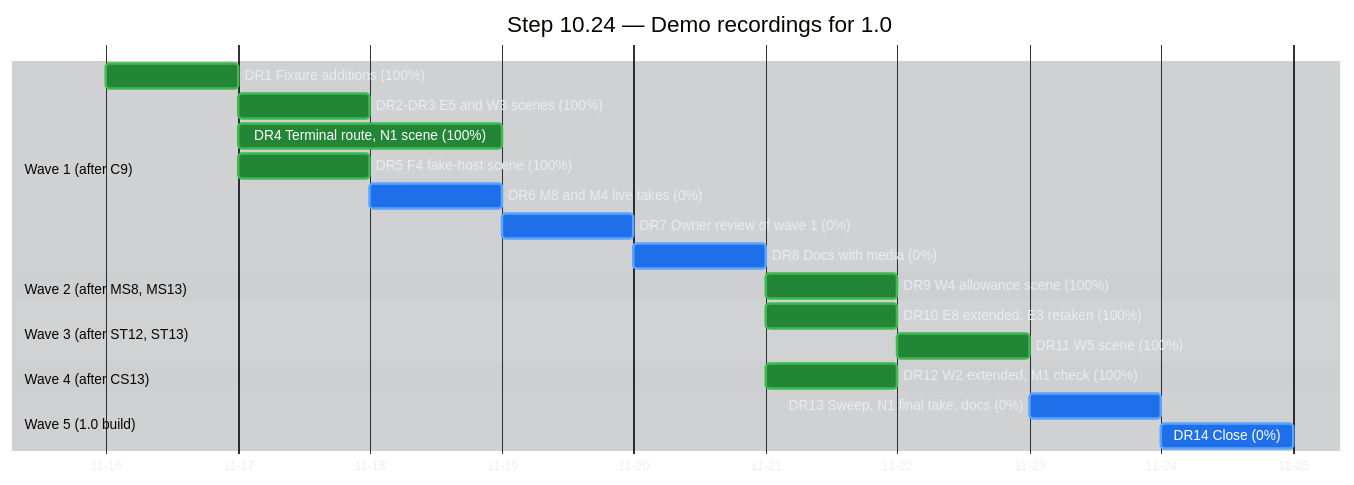
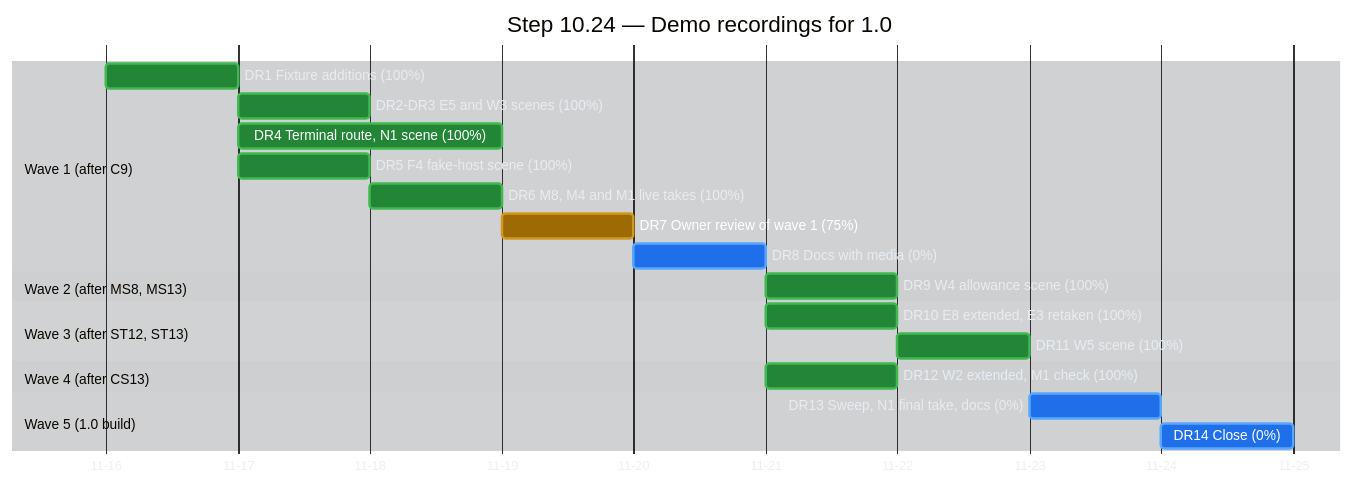
The third of 6 diagrams in docs/implementation-plan-gantt.md (raulkivi/agent-cost-analyzer), drawn with Mermaid before and after one commit. The commit also changed other lines of this file and 9 other files, not shown here.

First line of the commit message:
Demo DR6: live Claude Desktop takes of M8, M4 and M1; recorder fixes

````diff
--- a/docs/implementation-plan-gantt.md
+++ b/docs/implementation-plan-gantt.md
@@ -224,57 +224,57 @@
 ```mermaid
 %%{init: {
   "theme": "base",
   "themeVariables": {
     "darkMode": true,
     "background": "#0d1117",
     "textColor": "#e6edf3",
     "primaryTextColor": "#e6edf3",
     "lineColor": "#8b949e",
     "sectionBkgColor": "#161b22",
     "sectionBkgColor2": "#1c2129",
     "altSectionBkgColor": "#0d1117",
     "gridColor": "#30363d",
     "excludeBkgColor": "#161b22",
     "todayLineColor": "#f85149",
     "taskBkgColor": "#1f6feb",
     "taskBorderColor": "#58a6ff",
     "taskTextColor": "#ffffff",
     "taskTextLightColor": "#ffffff",
     "taskTextDarkColor": "#ffffff",
     "taskTextOutsideColor": "#e6edf3",
     "doneTaskBkgColor": "#238636",
     "doneTaskBorderColor": "#3fb950",
     "activeTaskBkgColor": "#9e6a03",
     "activeTaskBorderColor": "#d29922",
     "critBkgColor": "#da3633",
     "critBorderColor": "#f85149"
   }
 }}%%
 gantt
     title Step 10.24 — Demo recordings for 1.0
     dateFormat YYYY-MM-DD
     axisFormat %m-%d
 
     section Wave 1 (after C9)
     DR1 Fixture additions (100%)              :done, d241, 2026-11-16, 1d
     DR2-DR3 E5 and W3 scenes (100%)           :done, d242, after d241, 1d
     DR4 Terminal route, N1 scene (100%)       :done, d244, after d241, 2d
     DR5 F4 fake-host scene (100%)             :done, d245, after d241, 1d
-    DR6 M8 and M4 live takes (0%)             :d246, after d245, 1d
-    DR7 Owner review of wave 1 (0%)           :d247, after d244 d246, 1d
+    DR6 M8, M4 and M1 live takes (100%)       :done, d246, after d245, 1d
+    DR7 Owner review of wave 1 (75%)          :active, d247, after d244 d246, 1d
     DR8 Docs with media (0%)                  :d248, after d247, 1d
 
     section Wave 2 (after MS8, MS13)
     DR9 W4 allowance scene (100%)             :done, d249, after d248, 1d
 
     section Wave 3 (after ST12, ST13)
     DR10 E8 extended, E3 retaken (100%)       :done, d2410, after d248, 1d
     DR11 W5 scene (100%)                      :done, d2411, after d2410, 1d
 
     section Wave 4 (after CS13)
     DR12 W2 extended, M1 check (100%)         :done, d2412, after d248, 1d
 
     section Wave 5 (1.0 build)
     DR13 Sweep, N1 final take, docs (0%)      :d2413, after d249 d2411 d2412, 1d
     DR14 Close (0%)                           :d2414, after d2413, 1d
 ```
````
